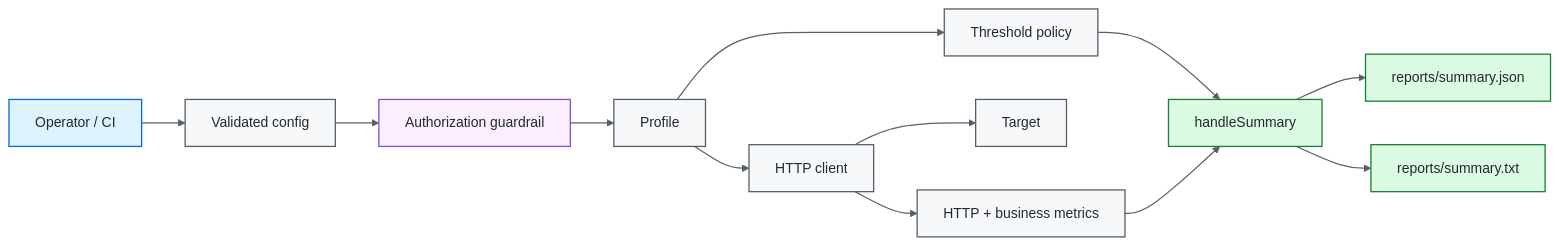
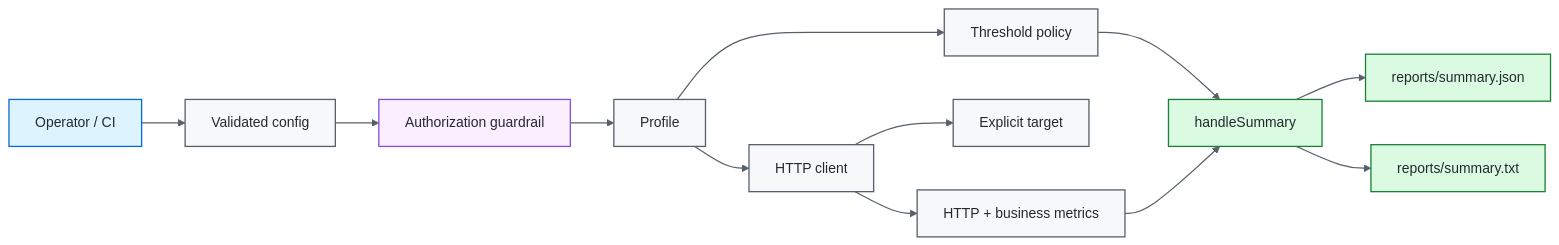
Before and after one commit to portyu9/qa-automation-load-k6: the second of 3 diagrams in README.md, drawn with Mermaid. The commit also changed other lines of this file, not shown here.

Commit message:
Document deterministic k6 smoke target ownership

````diff
--- a/README.md
+++ b/README.md
@@ -97,24 +100,24 @@
 ```mermaid
 flowchart LR
     OP[Operator / CI] --> CFG[Validated config]
     CFG --> AUTH[Authorization guardrail]
     AUTH --> PROFILE[Profile]
     PROFILE --> CLIENT[HTTP client]
     PROFILE --> SLO[Threshold policy]
-    CLIENT --> TARGET[Target]
+    CLIENT --> TARGET[Explicit target]
     CLIENT --> METRIC[HTTP + business metrics]
     SLO --> SUMMARY[handleSummary]
     METRIC --> SUMMARY
     SUMMARY --> JSON[reports/summary.json]
     SUMMARY --> TXT[reports/summary.txt]
 
     classDef entry fill:#ddf4ff,stroke:#0969da,color:#24292f,stroke-width:1.5px;
     classDef core fill:#f6f8fa,stroke:#57606a,color:#24292f,stroke-width:1.5px;
     classDef gate fill:#fbefff,stroke:#8250df,color:#24292f,stroke-width:1.5px;
     classDef evidence fill:#dafbe1,stroke:#1a7f37,color:#24292f,stroke-width:1.5px;
     class OP entry;
     class CFG,PROFILE,CLIENT,SLO,TARGET,METRIC core;
     class AUTH gate;
     class SUMMARY,JSON,TXT evidence;
     linkStyle default stroke:#57606a,stroke-width:1.4px;
 ```
````
